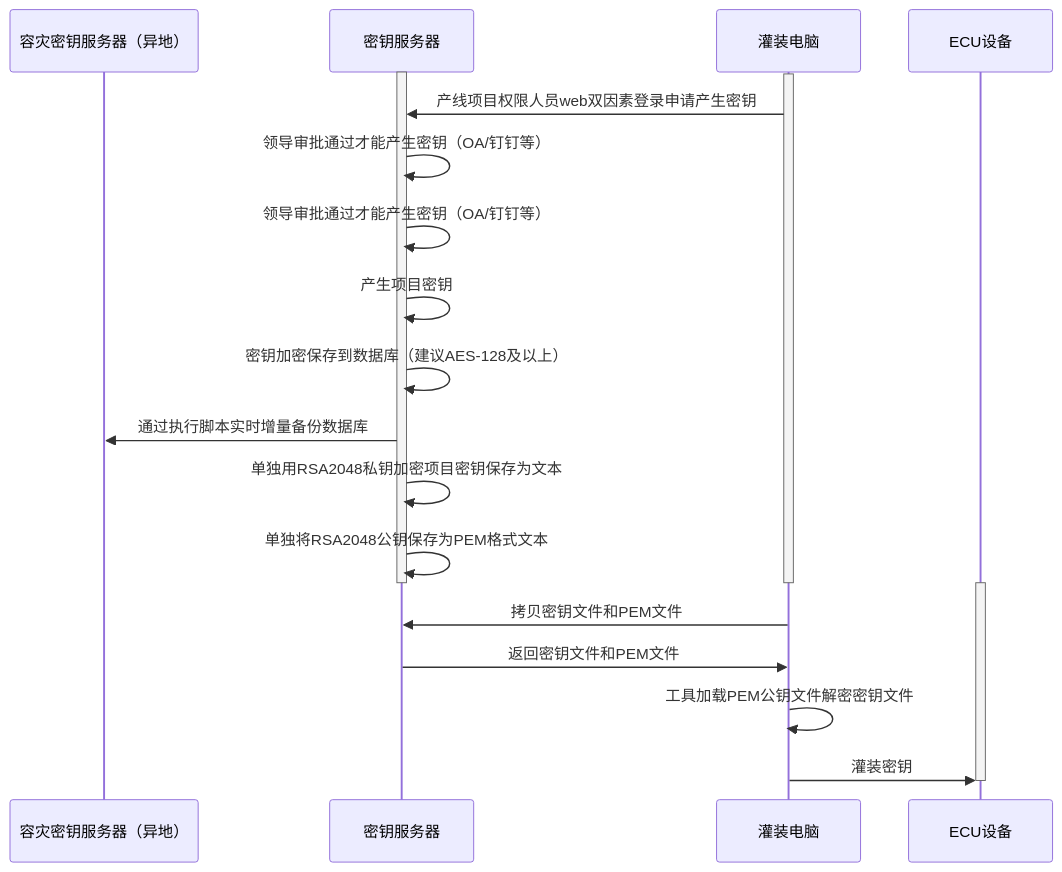
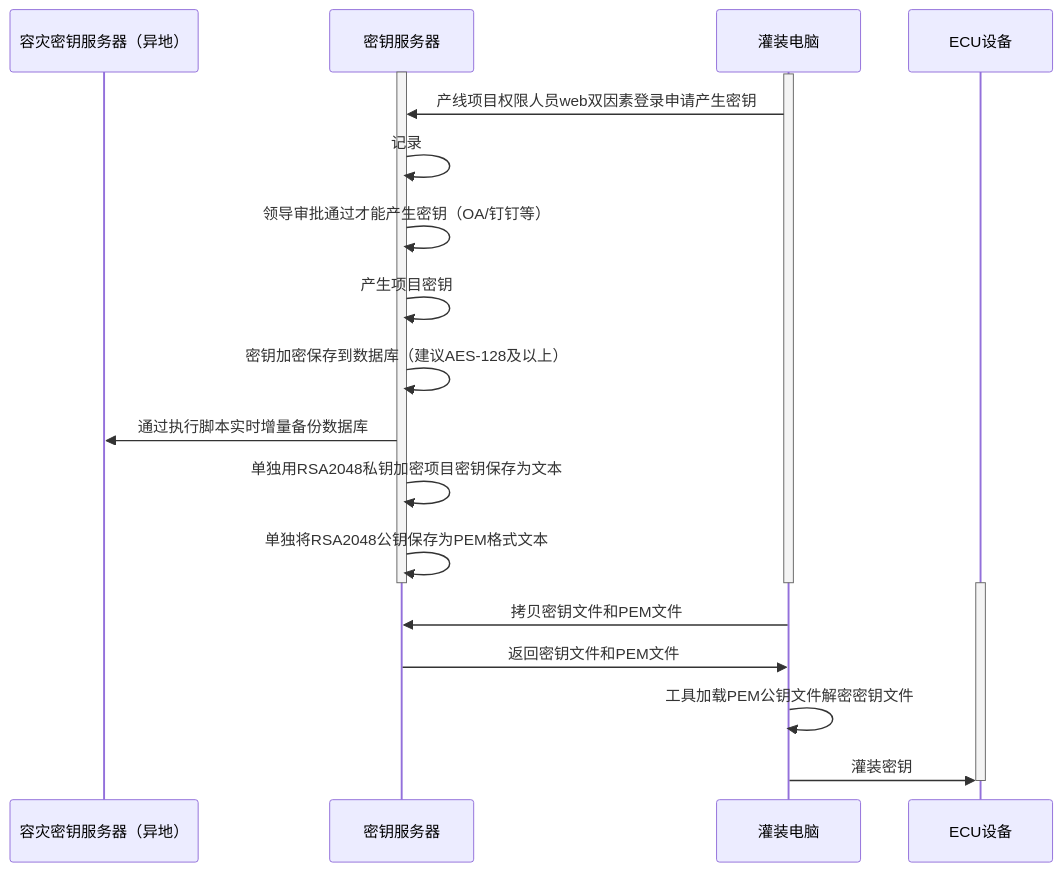
The diagram in all/未命名-15.md (facebook-cloud/iodraw-files), drawn with Mermaid before and after one commit.

Commit message:
2026-02-11 19:35:16 update

````diff
--- a/all/未命名-15.md
+++ b/all/未命名-15.md
@@ -1,29 +1,29 @@
 ```mermaid
 sequenceDiagram
     participant A as 容灾密钥服务器（异地）
     participant B as 密钥服务器
     participant D as 灌装电脑
     participant E as ECU设备
 
     activate B
     activate D
     D->>B: 产线项目权限人员web双因素登录申请产生密钥
-    B->>B: 领导审批通过才能产生密钥（OA/钉钉等）
+    B->>B: 记录
     B->>B: 领导审批通过才能产生密钥（OA/钉钉等）
     B->>B: 产生项目密钥
     B->>B: 密钥加密保存到数据库（建议AES-128及以上）
     B->>A: 通过执行脚本实时增量备份数据库
 
     B->>B: 单独用RSA2048私钥加密项目密钥保存为文本
     B->>B: 单独将RSA2048公钥保存为PEM格式文本
     deactivate B
     deactivate D
 
     activate E
     D->>B: 拷贝密钥文件和PEM文件
     B->>D: 返回密钥文件和PEM文件
     D->>D:工具加载PEM公钥文件解密密钥文件
     D->>E: 灌装密钥
     deactivate E
 
 ```
````
